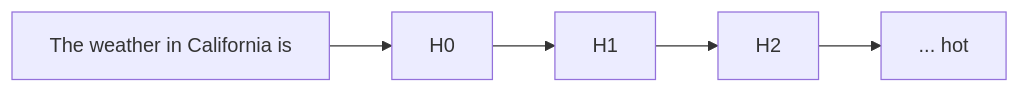
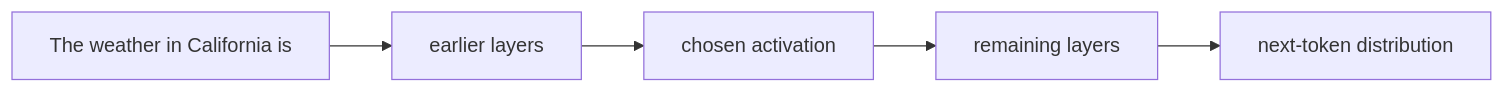
One commit to aarnphm/aarnphm.github.io changed the first of 2 diagrams in content/thoughts/mechanistic interpretability.md. Above: the diagram before and after it, drawn with Mermaid. The commit also changed other lines of this file and 61 other files, not shown here.

Commit message:
feat: best effort charts and french books and words

````diff
--- a/content/thoughts/mechanistic interpretability.md
+++ b/content/thoughts/mechanistic interpretability.md
@@ -79,4 +84,4 @@
 ```mermaid
 flowchart LR
-  A[The weather in California is] --> B[H0] --> D[H1] --> E[H2] --> C[... hot]
+  A[The weather in California is] --> B[earlier layers] --> D[chosen activation] --> E[remaining layers] --> C[next-token distribution]
 ```
````
